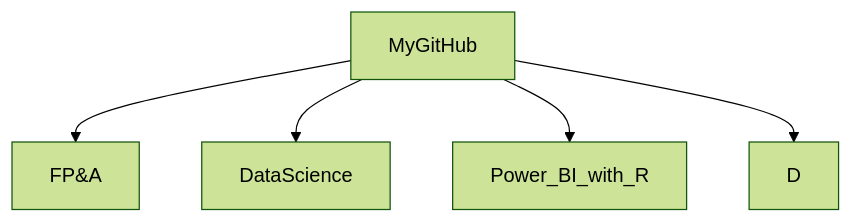
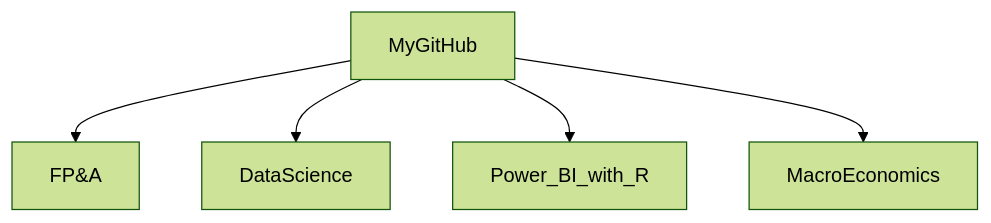
Before and after one commit to md3629/md3629: the diagram in README.md, drawn with Mermaid (forest theme).

````diff
--- a/README.md
+++ b/README.md
@@ -9,7 +9,7 @@
 ```mermaid
 graph TD;
     MyGitHub-->FP&A;
     MyGitHub-->DataScience;
     MyGitHub-->Power_BI_with_R;
-    MyGitHub-->D;
+    MyGitHub-->MacroEconomics;
 ```
````
